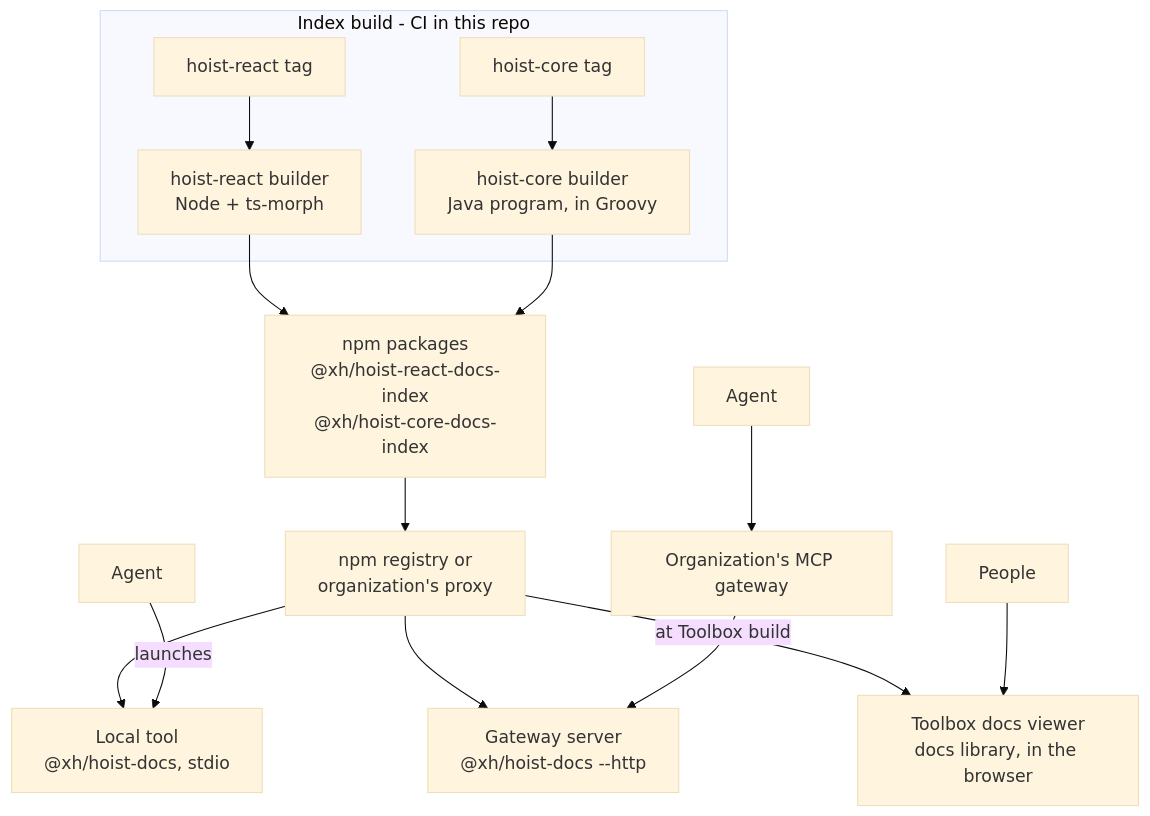
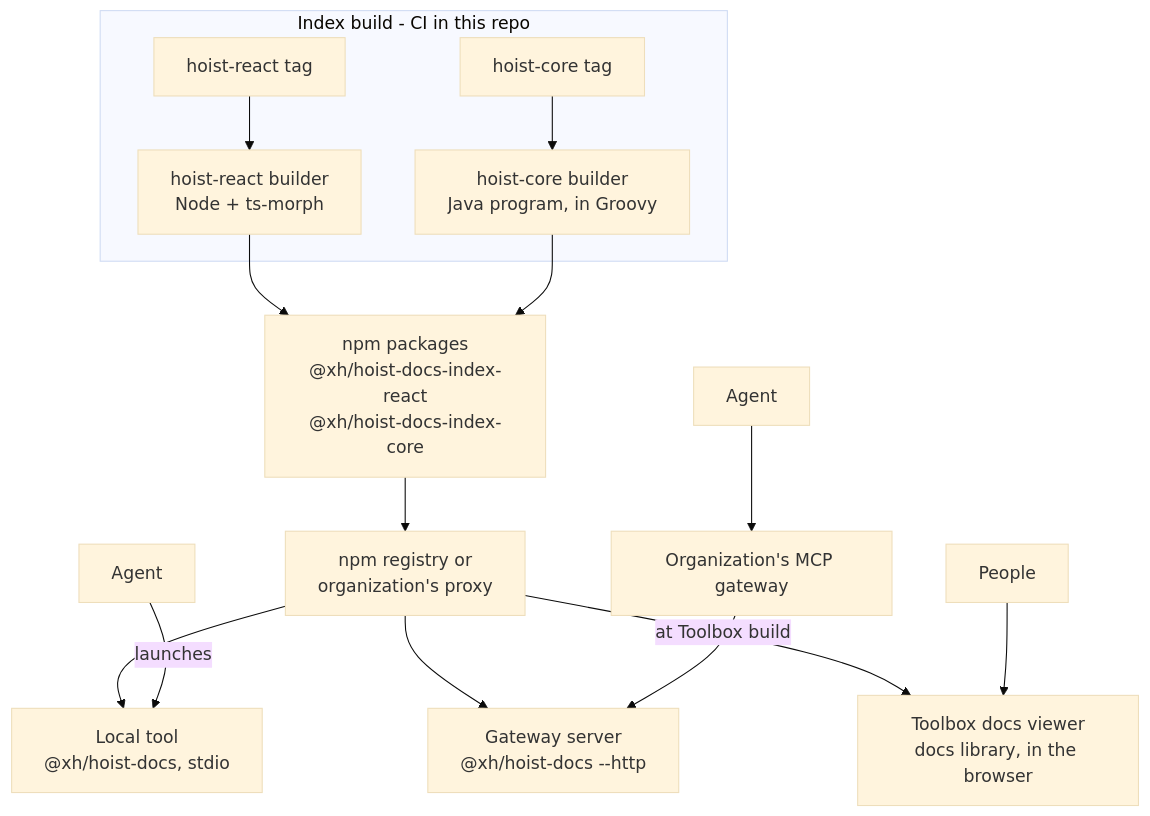
The diagram in docs/design.md (xh/hoist-docs), drawn with Mermaid (base theme) before and after one commit. The commit also changed other lines of this file and 4 other files, not shown here.

First line of the commit message:
Name the index packages @xh/hoist-docs-index-react and @xh/hoist-docs-index-core

````diff
--- a/docs/design.md
+++ b/docs/design.md
@@ -125,16 +125,16 @@
 ```mermaid
 flowchart TB
     subgraph B[Index build - CI in this repo]
         RT[hoist-react tag] --> RB[hoist-react builder<br/>Node + ts-morph]
         CT[hoist-core tag] --> CB[hoist-core builder<br/>Java program, in Groovy]
     end
     RB --> P
     CB --> P
-    P[npm packages<br/>@xh/hoist-react-docs-index<br/>@xh/hoist-core-docs-index] --> R[npm registry or<br/>organization's proxy]
+    P[npm packages<br/>@xh/hoist-docs-index-react<br/>@xh/hoist-docs-index-core] --> R[npm registry or<br/>organization's proxy]
     R --> LT[Local tool<br/>@xh/hoist-docs, stdio]
     R --> GS[Gateway server<br/>@xh/hoist-docs --http]
     R -->|at Toolbox build| TB[Toolbox docs viewer<br/>docs library, in the browser]
     A[Agent] -->|launches| LT
     A2[Agent] --> G[Organization's MCP gateway] --> GS
     U[People] --> TB
 ```
````
